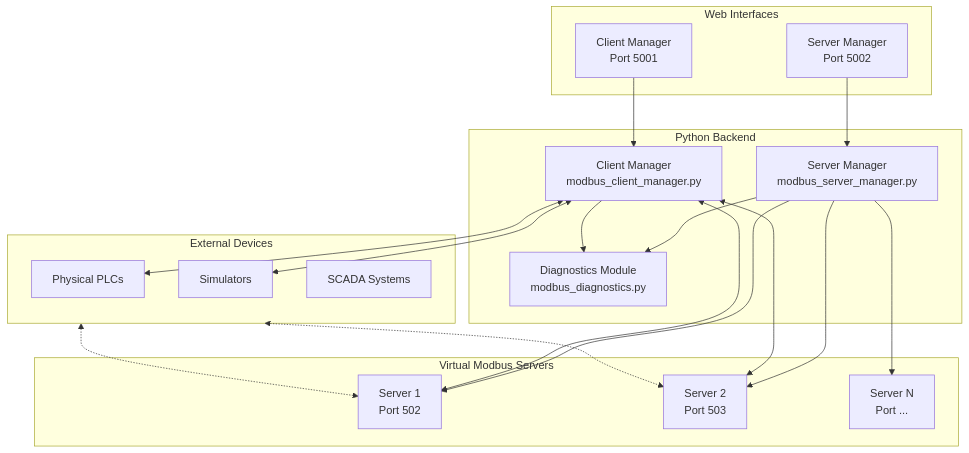
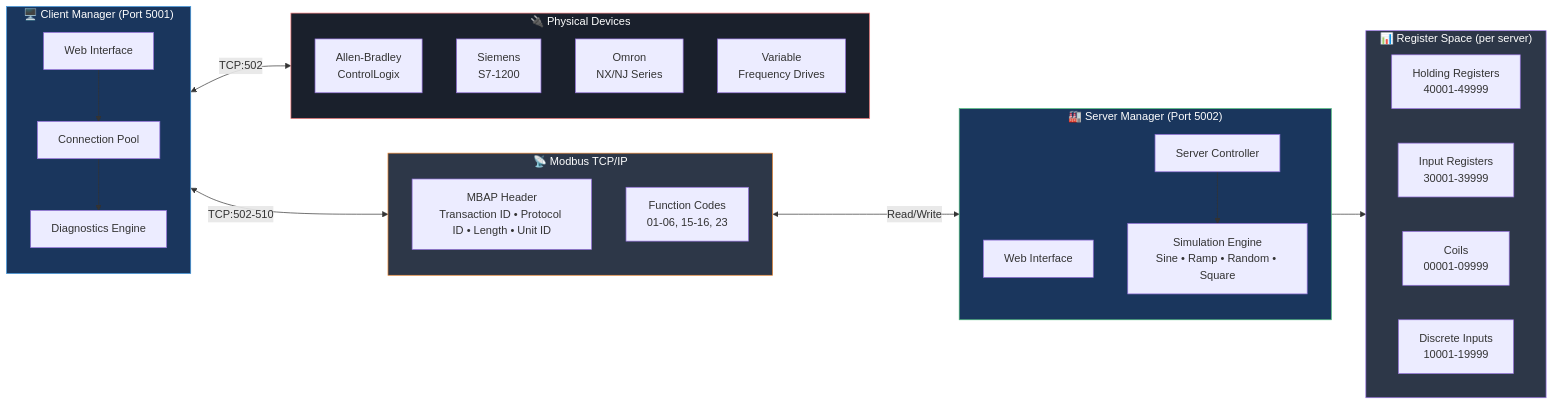
Before and after one commit to fixstuff/Modbus-ClientServer-Showcase: the diagram in README.md, drawn with Mermaid. The commit also changed other lines of this file, not shown here.

Commit message:
Improve architecture diagram with protocol details and styling

````diff
--- a/README.md
+++ b/README.md
@@ -29,39 +29,51 @@
 ```mermaid
-flowchart TB
-    subgraph Web["Web Interfaces"]
-        SM[Server Manager<br/>Port 5002]
-        CM[Client Manager<br/>Port 5001]
+flowchart LR
+    subgraph ClientSide["🖥️ Client Manager (Port 5001)"]
+        direction TB
+        CW[Web Interface]
+        CC[Connection Pool]
+        CD[Diagnostics Engine]
     end
 
-    subgraph Core["Python Backend"]
-        SMB[Server Manager<br/>modbus_server_manager.py]
-        CMB[Client Manager<br/>modbus_client_manager.py]
-        DIAG[Diagnostics Module<br/>modbus_diagnostics.py]
+    subgraph Protocol["📡 Modbus TCP/IP"]
+        direction TB
+        MBAP[MBAP Header<br/>Transaction ID • Protocol ID • Length • Unit ID]
+        PDU[Function Codes<br/>01-06, 15-16, 23]
     end
 
-    subgraph Servers["Virtual Modbus Servers"]
-        S1[Server 1<br/>Port 502]
-        S2[Server 2<br/>Port 503]
-        S3[Server N<br/>Port ...]
+    subgraph ServerSide["🏭 Server Manager (Port 5002)"]
+        direction TB
+        SW[Web Interface]
+        SC[Server Controller]
+        SIM[Simulation Engine<br/>Sine • Ramp • Random • Square]
     end
 
-    subgraph External["External Devices"]
-        PLC[Physical PLCs]
-        SIM[Simulators]
-        SCADA[SCADA Systems]
+    subgraph Registers["📊 Register Space (per server)"]
+        direction LR
+        HR[Holding Registers<br/>40001-49999]
+        IR[Input Registers<br/>30001-39999]
+        CO[Coils<br/>00001-09999]
+        DI[Discrete Inputs<br/>10001-19999]
     end
 
-    SM --> SMB
-    CM --> CMB
-    SMB --> DIAG
-    CMB --> DIAG
-    SMB --> S1
-    SMB --> S2
-    SMB --> S3
-    CMB <--> S1
-    CMB <--> S2
-    CMB <--> PLC
-    CMB <--> SIM
-    External <-.-> S1
-    External <-.-> S2
+    subgraph Devices["🔌 Physical Devices"]
+        PLC1[Allen-Bradley<br/>ControlLogix]
+        PLC2[Siemens<br/>S7-1200]
+        PLC3[Omron<br/>NX/NJ Series]
+        VFD[Variable<br/>Frequency Drives]
+    end
+
+    CW --> CC
+    CC --> CD
+    CC <-->|TCP:502-510| Protocol
+    Protocol <-->|Read/Write| SC
+    SC --> SIM
+    SC --> Registers
+    CC <-->|TCP:502| Devices
+
+    style ClientSide fill:#1a365d,stroke:#4299e1,color:#fff
+    style ServerSide fill:#1a365d,stroke:#48bb78,color:#fff
+    style Protocol fill:#2d3748,stroke:#ed8936,color:#fff
+    style Registers fill:#2d3748,stroke:#9f7aea,color:#fff
+    style Devices fill:#1a202c,stroke:#fc8181,color:#fff
 ```
````
